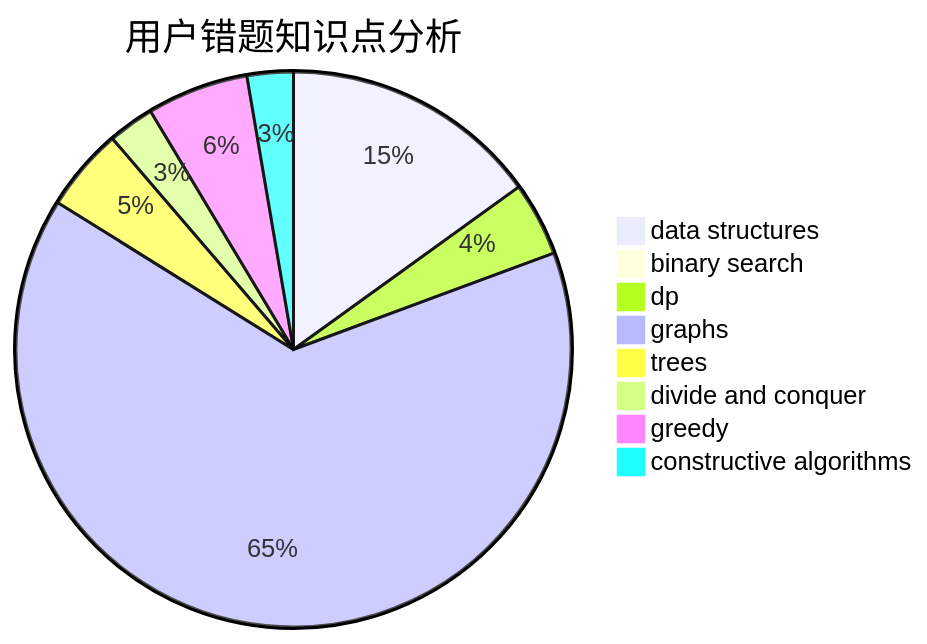
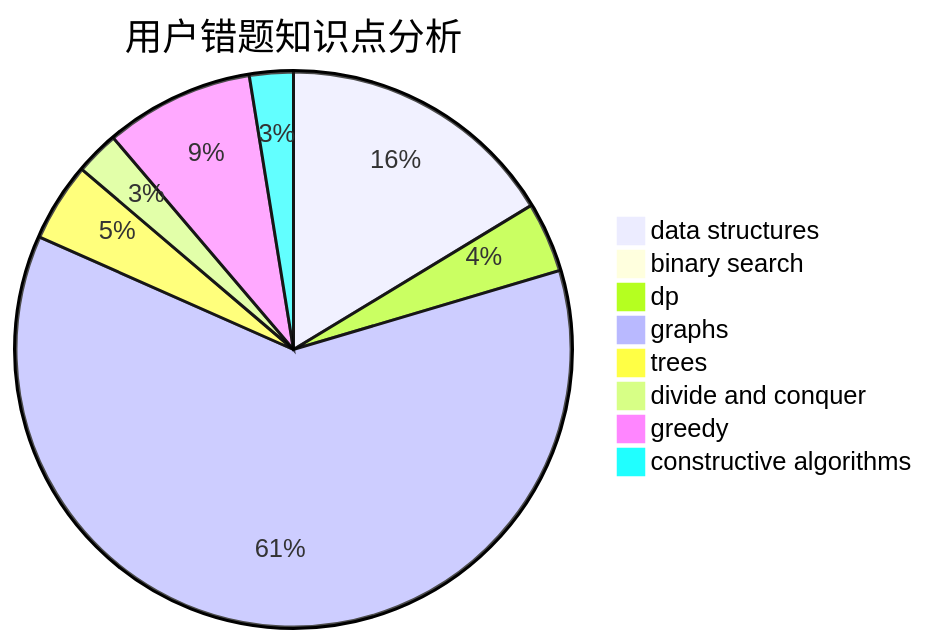
The third of 3 diagrams in docs/user/u2529.md (sherpahu/cfrs.github.io), drawn with Mermaid before and after one commit. The commit also changed other lines of this file and 2770 other files, not shown here.

````diff
--- a/docs/user/u2529.md
+++ b/docs/user/u2529.md
@@ -36,11 +36,11 @@
 ```mermaid
 pie title 用户错题知识点分析
-    "data structures" :  28
+    "data structures" :  32
     "binary search" :  0
     "dp" :  8
     "graphs" :  120
     "trees" :  9
     "divide and conquer" :  5
-    "greedy" :  11
+    "greedy" :  17
     "constructive algorithms" :  5
 ```
````
